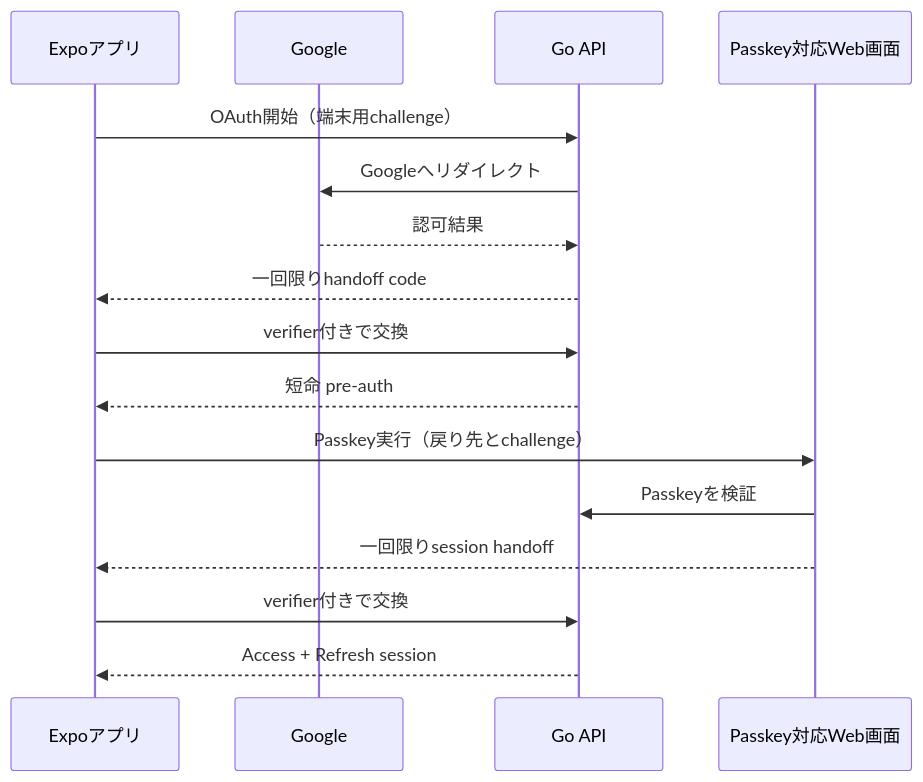
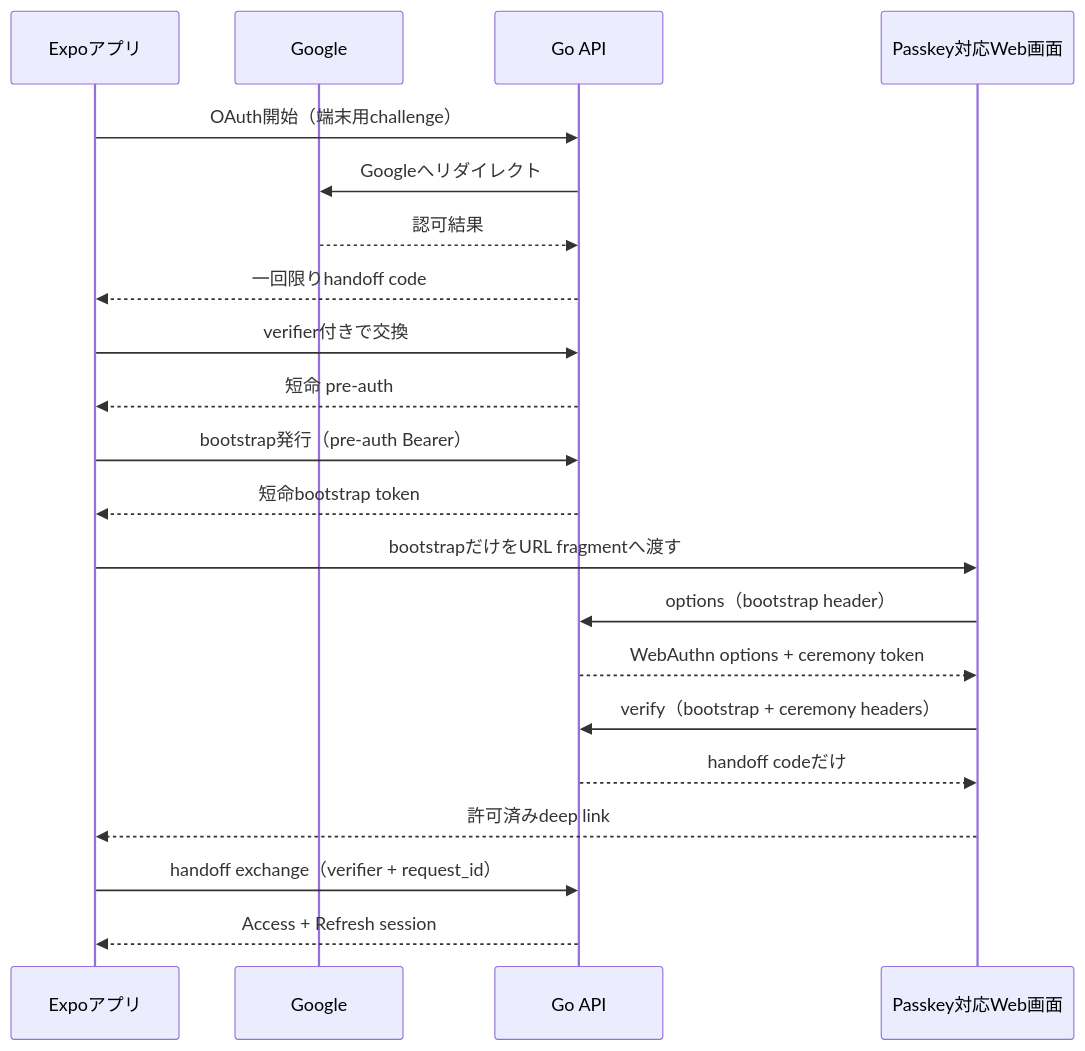
The first of 2 diagrams in docs/human/auth-and-login.md (Tornado2026-team-j/Samurai-meet), drawn with Mermaid before and after one commit. The commit also changed other lines of this file and 11 other files, not shown here.

````diff
--- a/docs/human/auth-and-login.md
+++ b/docs/human/auth-and-login.md
@@ -5,18 +5,23 @@
 ```mermaid
 sequenceDiagram
   participant A as Expoアプリ
   participant G as Google
   participant B as Go API
   participant W as Passkey対応Web画面
   A->>B: OAuth開始（端末用challenge）
   B->>G: Googleへリダイレクト
   G-->>B: 認可結果
   B-->>A: 一回限りhandoff code
   A->>B: verifier付きで交換
   B-->>A: 短命 pre-auth
-  A->>W: Passkey実行（戻り先とchallenge）
-  W->>B: Passkeyを検証
-  W-->>A: 一回限りsession handoff
-  A->>B: verifier付きで交換
+  A->>B: bootstrap発行（pre-auth Bearer）
+  B-->>A: 短命bootstrap token
+  A->>W: bootstrapだけをURL fragmentへ渡す
+  W->>B: options（bootstrap header）
+  B-->>W: WebAuthn options + ceremony token
+  W->>B: verify（bootstrap + ceremony headers）
+  B-->>W: handoff codeだけ
+  W-->>A: 許可済みdeep link
+  A->>B: handoff exchange（verifier + request_id）
   B-->>A: Access + Refresh session
 ```
````
